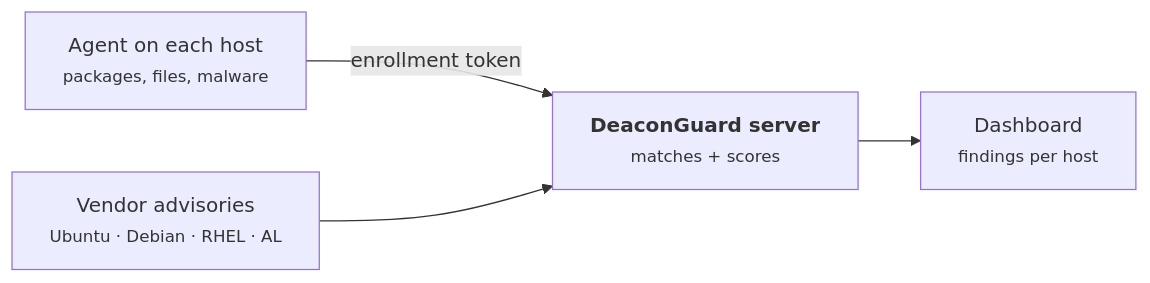
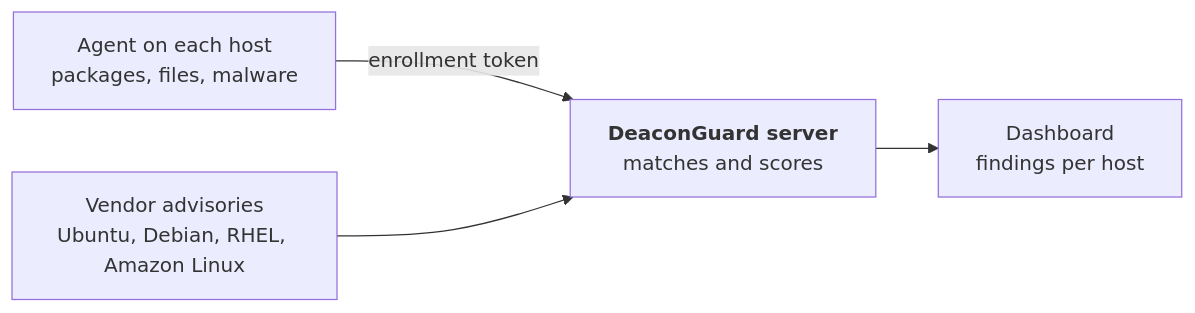
One commit to vjwilson1987/vjwilson1987 changed the diagram in README.md. Above: the diagram before and after it, drawn with Mermaid.

Commit message:
Diagram: plain labels, so GitHub sizes the boxes to fit

````diff
--- a/README.md
+++ b/README.md
@@ -7,10 +7,10 @@
 ```mermaid
 flowchart LR
-    agent["Agent on each host<br/><small>packages, files, malware</small>"]
-    feeds["Vendor advisories<br/><small>Ubuntu · Debian · RHEL · AL</small>"]
-    server["<b>DeaconGuard server</b><br/><small>matches + scores</small>"]
-    dashboard["Dashboard<br/><small>findings per host</small>"]
+    agent["Agent on each host<br/>packages, files, malware"]
+    feeds["Vendor advisories<br/>Ubuntu, Debian, RHEL, Amazon Linux"]
+    server["<b>DeaconGuard server</b><br/>matches and scores"]
+    dashboard["Dashboard<br/>findings per host"]
     agent -- enrollment token --> server
     feeds --> server
     server --> dashboard
 ```
````
